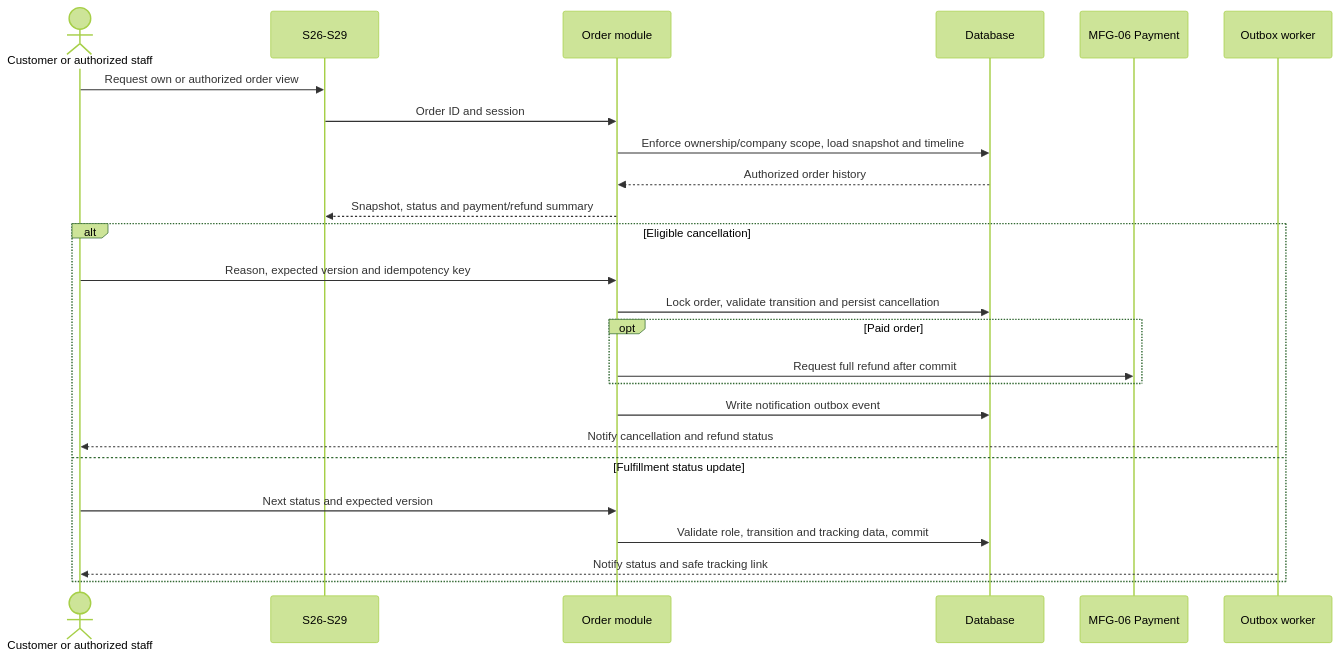
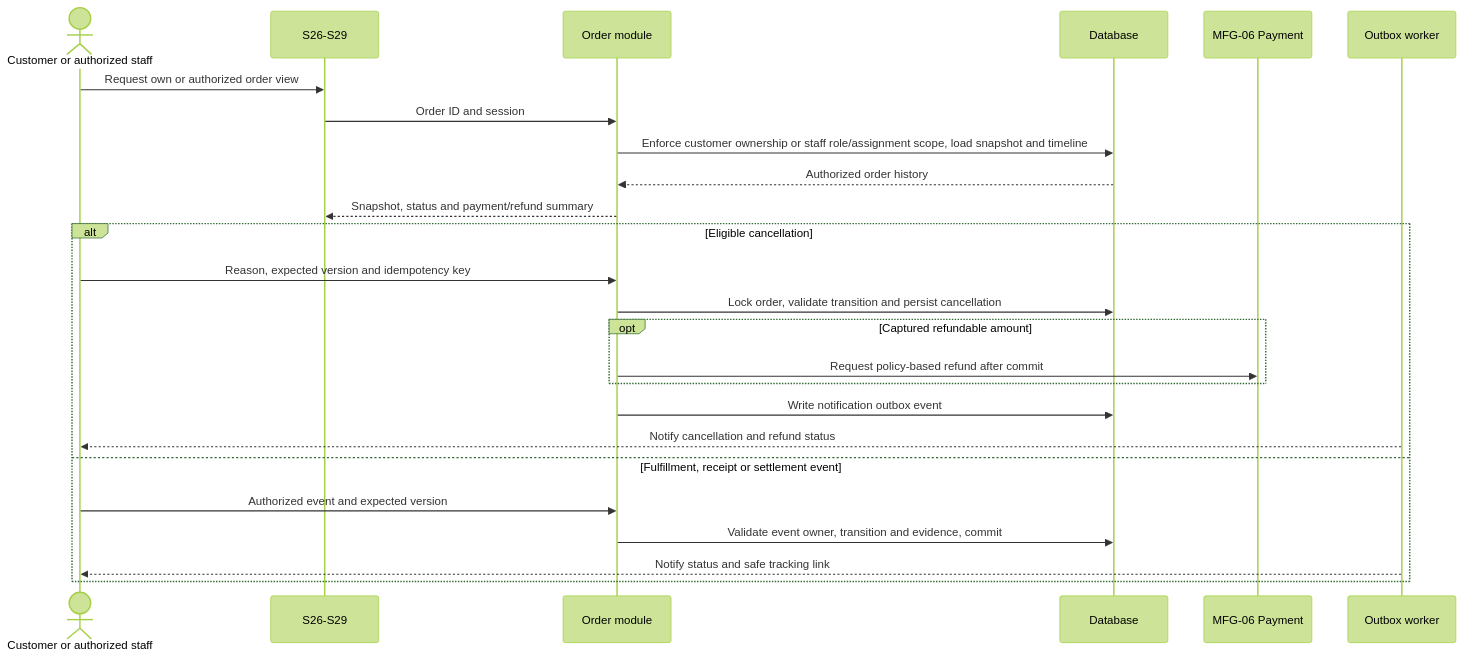
Before and after one commit to ankhanhwork/weavelink-project: the second of 2 diagrams in specs/spec-MFG-07.md, drawn with Mermaid (forest theme). The commit also changed other lines of this file and 101 other files, not shown here.

````diff
--- a/specs/spec-MFG-07.md
+++ b/specs/spec-MFG-07.md
@@ -93,27 +99,27 @@
 ```mermaid
 sequenceDiagram
     actor OrderActor as Customer or authorized staff
     participant OrderUI as S26-S29
     participant OrderModule as Order module
     participant Database as Database
     participant PaymentModule as MFG-06 Payment
     participant OutboxWorker as Outbox worker
     OrderActor->>OrderUI: Request own or authorized order view
     OrderUI->>OrderModule: Order ID and session
-    OrderModule->>Database: Enforce ownership/company scope, load snapshot and timeline
+    OrderModule->>Database: Enforce customer ownership or staff role/assignment scope, load snapshot and timeline
     Database-->>OrderModule: Authorized order history
     OrderModule-->>OrderUI: Snapshot, status and payment/refund summary
     alt Eligible cancellation
         OrderActor->>OrderModule: Reason, expected version and idempotency key
         OrderModule->>Database: Lock order, validate transition and persist cancellation
-        opt Paid order
-            OrderModule->>PaymentModule: Request full refund after commit
+        opt Captured refundable amount
+            OrderModule->>PaymentModule: Request policy-based refund after commit
         end
         OrderModule->>Database: Write notification outbox event
         OutboxWorker-->>OrderActor: Notify cancellation and refund status
-    else Fulfillment status update
-        OrderActor->>OrderModule: Next status and expected version
-        OrderModule->>Database: Validate role, transition and tracking data, commit
+    else Fulfillment, receipt or settlement event
+        OrderActor->>OrderModule: Authorized event and expected version
+        OrderModule->>Database: Validate event owner, transition and evidence, commit
         OutboxWorker-->>OrderActor: Notify status and safe tracking link
     end
 ```
````
